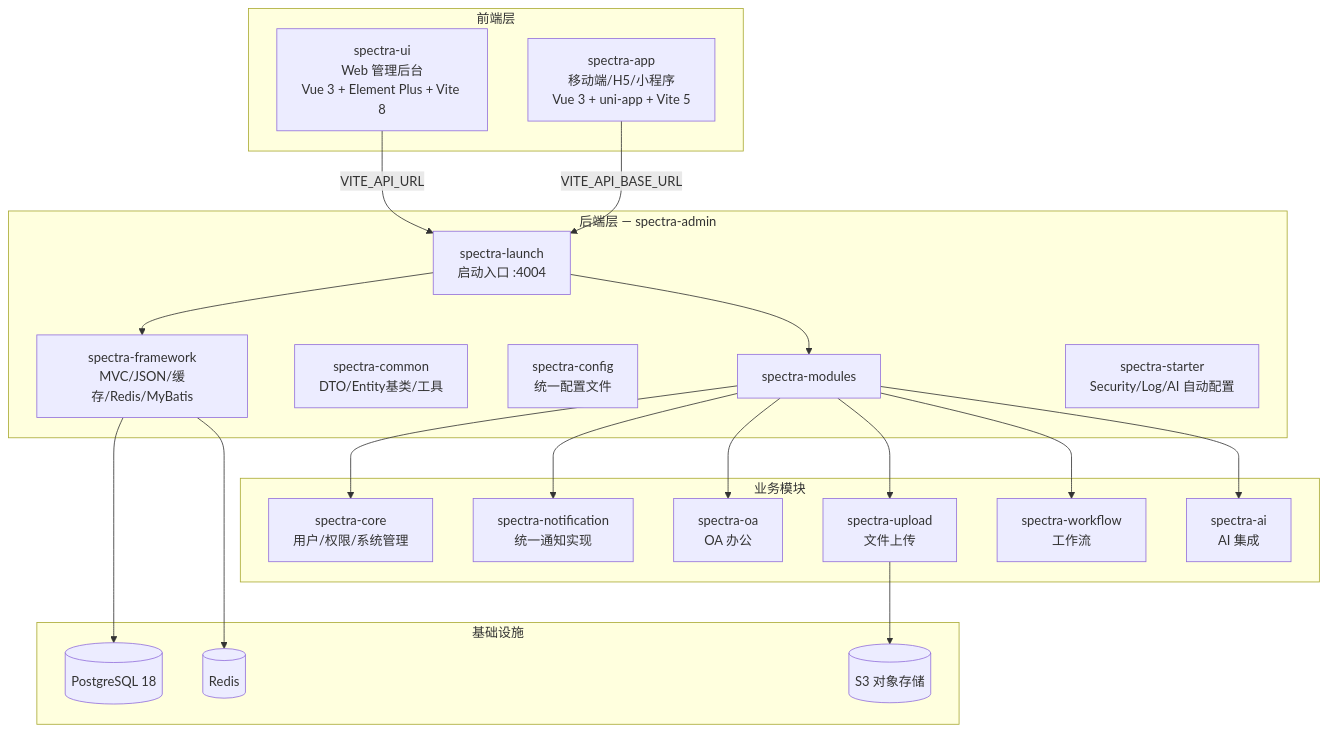
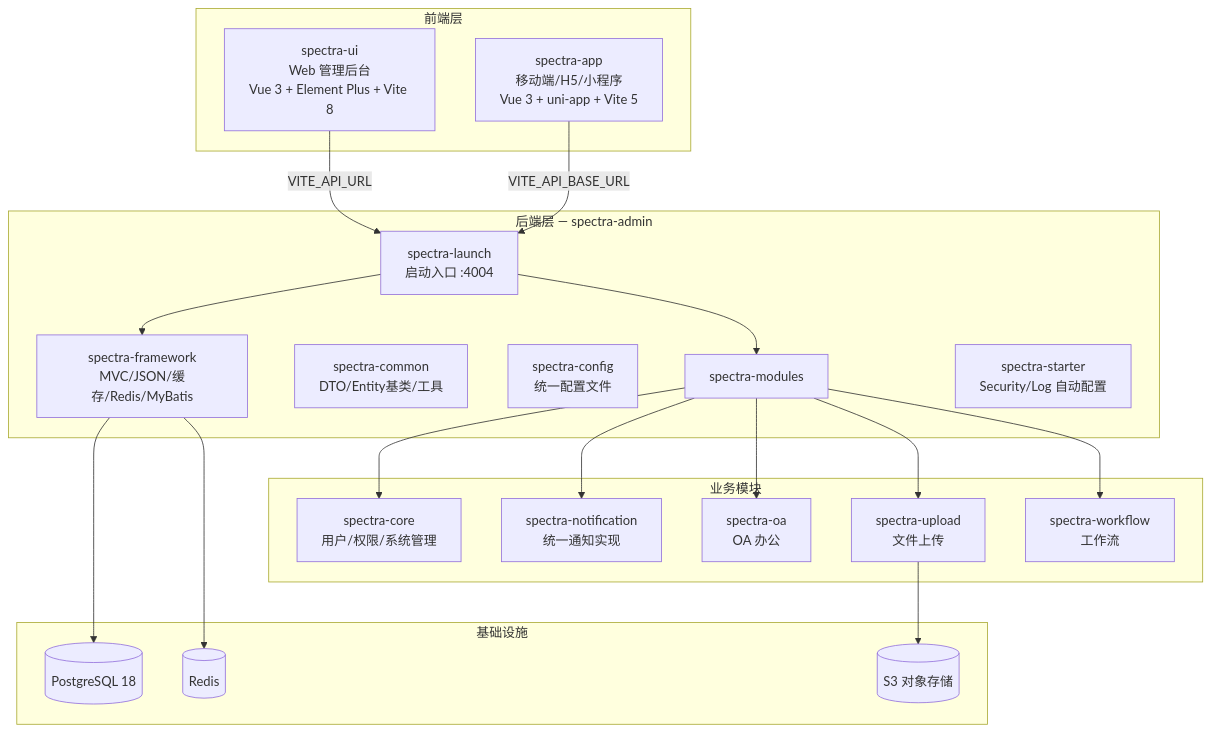
One commit to yangxj96/spectra-docs changed the diagram in docs/00-项目总览.md. Above: the diagram before and after it, drawn with Mermaid. The commit also changed other lines of this file and 29 other files, not shown here.

````diff
--- a/docs/00-项目总览.md
+++ b/docs/00-项目总览.md
@@ -22,45 +22,43 @@
 ```mermaid
 graph TB
     subgraph "前端层"
         UI["spectra-ui<br/>Web 管理后台<br/>Vue 3 + Element Plus + Vite 8"]
         APP["spectra-app<br/>移动端/H5/小程序<br/>Vue 3 + uni-app + Vite 5"]
     end
 
     subgraph "后端层 — spectra-admin"
         LAUNCH["spectra-launch<br/>启动入口 :4004"]
         FW["spectra-framework<br/>MVC/JSON/缓存/Redis/MyBatis"]
         COMMON["spectra-common<br/>DTO/Entity基类/工具"]
         CONFIG["spectra-config<br/>统一配置文件"]
         MODULES["spectra-modules"]
-        STARTER["spectra-starter<br/>Security/Log/AI 自动配置"]
+        STARTER["spectra-starter<br/>Security/Log 自动配置"]
     end
 
     subgraph "业务模块"
         CORE["spectra-core<br/>用户/权限/系统管理"]
         NOTIFY["spectra-notification<br/>统一通知实现"]
         OA["spectra-oa<br/>OA 办公"]
         UPLOAD["spectra-upload<br/>文件上传"]
         WF["spectra-workflow<br/>工作流"]
-        AI["spectra-ai<br/>AI 集成"]
     end
 
     subgraph "基础设施"
         PG[("PostgreSQL 18")]
         REDIS[("Redis")]
         S3[("S3 对象存储")]
     end
 
     UI -->|"VITE_API_URL"| LAUNCH
     APP -->|"VITE_API_BASE_URL"| LAUNCH
     LAUNCH --> FW
     LAUNCH --> MODULES
     MODULES --> CORE
     MODULES --> NOTIFY
     MODULES --> OA
     MODULES --> UPLOAD
     MODULES --> WF
-    MODULES --> AI
     FW --> PG
     FW --> REDIS
     UPLOAD --> S3
 ```
````
